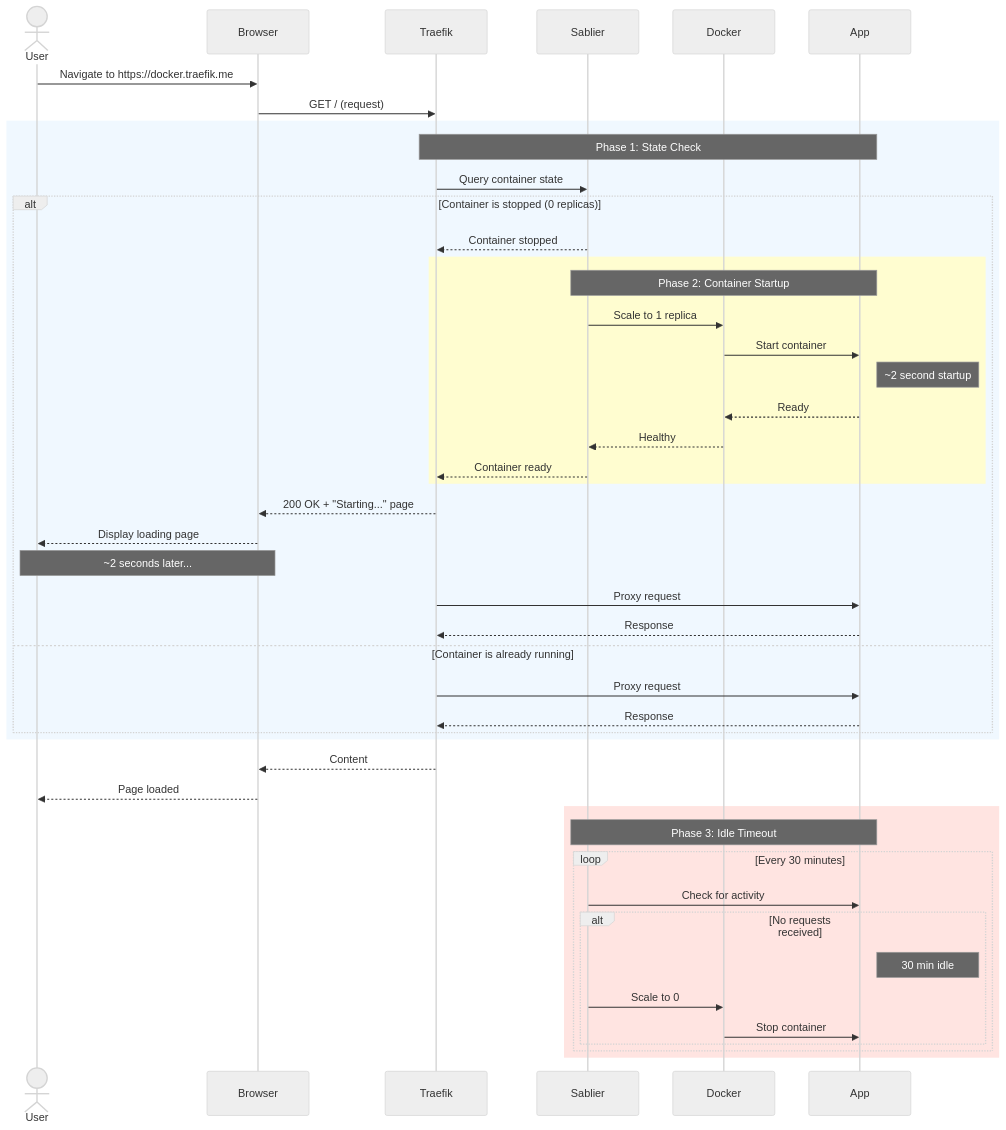
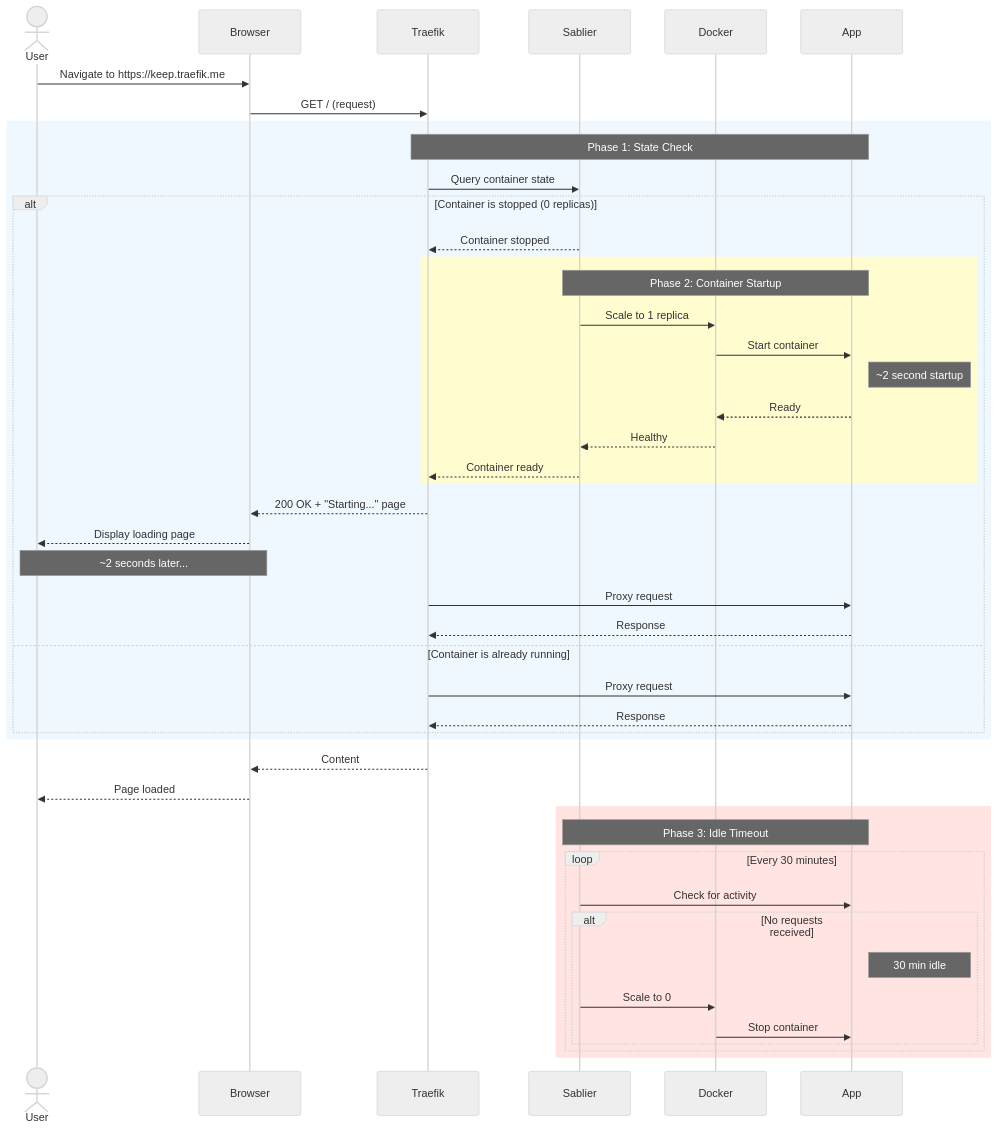
Before and after one commit to jakob1379/homelab: the second of 2 diagrams in docs/architecture.md, drawn with Mermaid (neutral theme). The commit also changed other lines of this file and 6 other files, not shown here.

````diff
--- a/docs/architecture.md
+++ b/docs/architecture.md
@@ -449,52 +448,52 @@
 ```mermaid
 sequenceDiagram
     actor User
     participant Browser
     participant Traefik
     participant Sablier
     participant Docker
     participant App
 
-    User->>Browser: Navigate to https://docker.traefik.me
+    User->>Browser: Navigate to https://keep.traefik.me
     Browser->>Traefik: GET / (request)
 
     rect rgb(240, 248, 255)
         Note over Traefik,App: Phase 1: State Check
         Traefik->>Sablier: Query container state
         alt Container is stopped (0 replicas)
             Sablier-->>Traefik: Container stopped
             rect rgb(255, 253, 208)
                 Note over Sablier,App: Phase 2: Container Startup
                 Sablier->>Docker: Scale to 1 replica
                 Docker->>App: Start container
                 Note right of App: ~2 second startup
                 App-->>Docker: Ready
                 Docker-->>Sablier: Healthy
                 Sablier-->>Traefik: Container ready
             end
             Traefik-->>Browser: 200 OK + "Starting..." page
             Browser-->>User: Display loading page
             Note over User,Browser: ~2 seconds later...
             Traefik->>App: Proxy request
             App-->>Traefik: Response
         else Container is already running
             Traefik->>App: Proxy request
             App-->>Traefik: Response
         end
     end
 
     Traefik-->>Browser: Content
     Browser-->>User: Page loaded
 
     rect rgb(255, 228, 225)
         Note over Sablier,App: Phase 3: Idle Timeout
         loop Every 30 minutes
             Sablier->>App: Check for activity
             alt No requests received
                 Note right of App: 30 min idle
                 Sablier->>Docker: Scale to 0
                 Docker->>App: Stop container
             end
         end
     end
 ```
````
